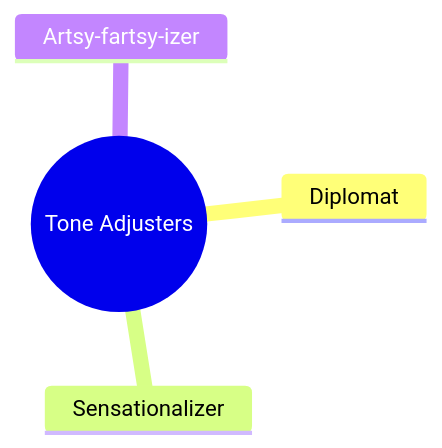
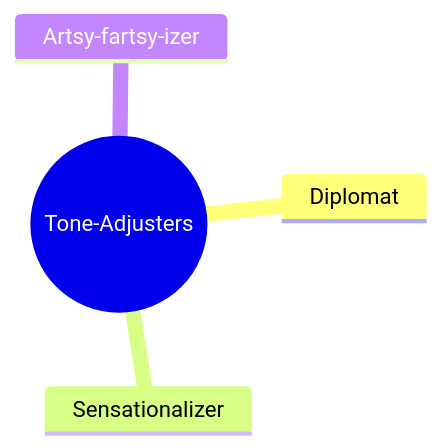
The eighth of 10 diagrams in 01-articles/prompt_engineering_patterns/README.md (raphaelmansuy/digital_palace), drawn with Mermaid before and after one commit.

Commit message:
Adjust mindmap root label format

````diff
--- a/01-articles/prompt_engineering_patterns/README.md
+++ b/01-articles/prompt_engineering_patterns/README.md
@@ -390,7 +390,7 @@
 ```mermaid
 mindmap
-  root((Tone Adjusters))
+  root((Tone-Adjusters))
     Diplomat
     Sensationalizer
     Artsy-fartsy-izer
 ```
````
